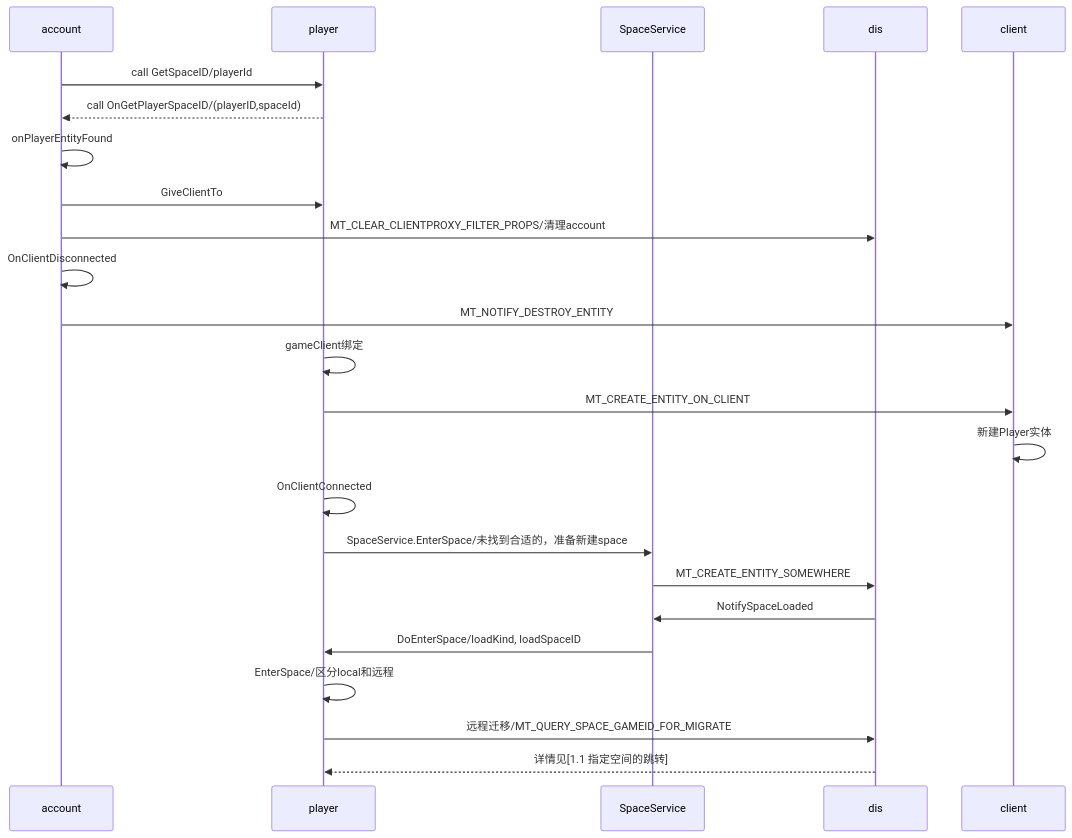
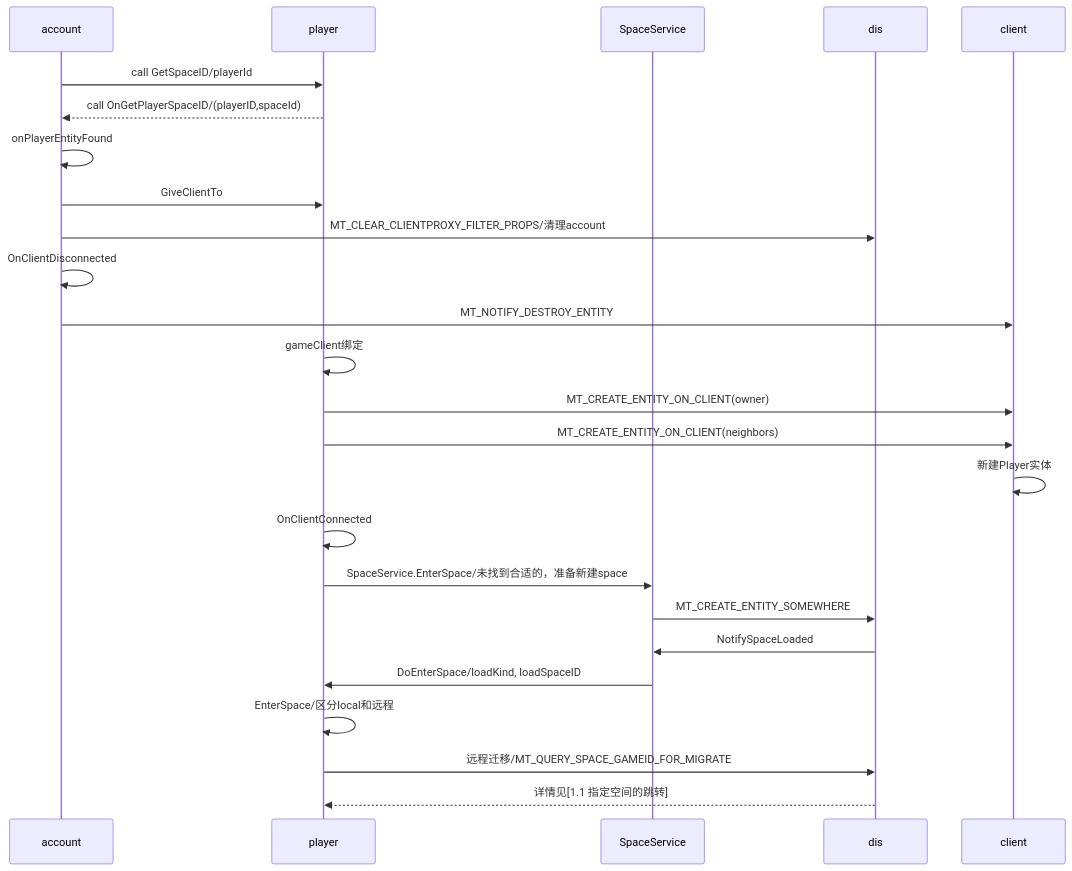
The fourth of 5 diagrams in 9.项目阅读笔记/4.3entity.md (hammercui/book-list), drawn with Mermaid before and after one commit. The commit also changed other lines of this file and 8 other files, not shown here.

````diff
--- a/9.项目阅读笔记/4.3entity.md
+++ b/9.项目阅读笔记/4.3entity.md
@@ -103,27 +102,28 @@
 ```mermaid
 sequenceDiagram
     participant account
     participant player
     participant SpaceService
     participant dis
     participant client
     account ->> player:call GetSpaceID/playerId
     player -->> account:call OnGetPlayerSpaceID/(playerID,spaceId)
     account ->> account: onPlayerEntityFound
     account ->> player: GiveClientTo
     account ->> dis: MT_CLEAR_CLIENTPROXY_FILTER_PROPS/清理account
     account ->> account: OnClientDisconnected
     account ->> client: MT_NOTIFY_DESTROY_ENTITY
     player ->> player:gameClient绑定
-    player  ->> client: MT_CREATE_ENTITY_ON_CLIENT
+    player  ->> client: MT_CREATE_ENTITY_ON_CLIENT(owner)
+    player  ->> client: MT_CREATE_ENTITY_ON_CLIENT(neighbors)
     client  ->> client: 新建Player实体
     player ->>player:  OnClientConnected
     player ->>SpaceService: SpaceService.EnterSpace/未找到合适的，准备新建space
     SpaceService ->>dis: MT_CREATE_ENTITY_SOMEWHERE
     dis ->> SpaceService:NotifySpaceLoaded
     SpaceService ->>player: DoEnterSpace/loadKind, loadSpaceID
     player ->> player: EnterSpace/区分local和远程
     player ->> dis: 远程迁移/MT_QUERY_SPACE_GAMEID_FOR_MIGRATE
     dis -->>player:详情见[1.1 指定空间的跳转]
 
 ```
````
